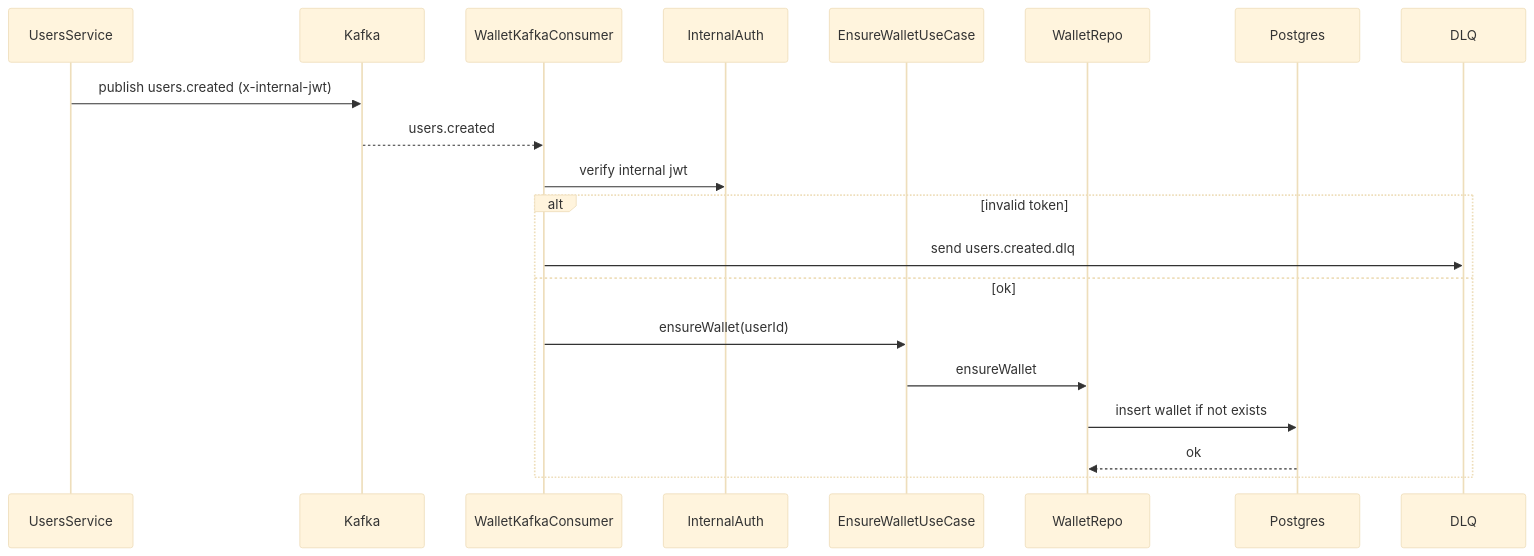
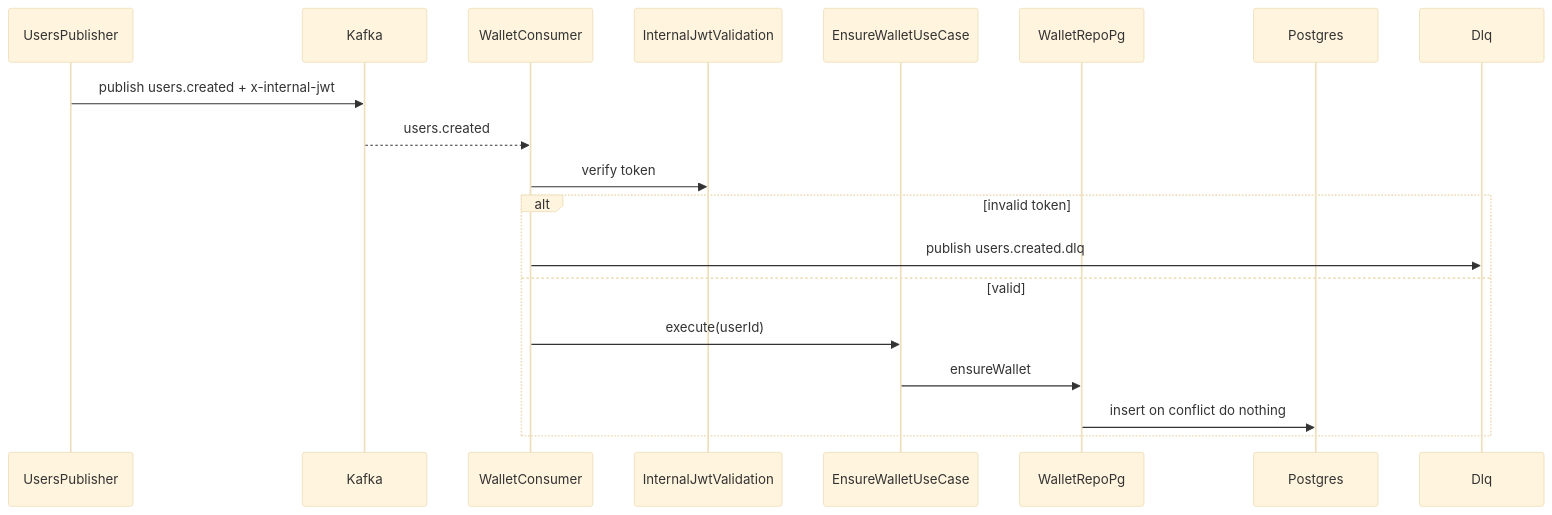
One commit to rodrigocardosodev/ilia-nodejs-challenge changed the sixth of 7 diagrams in README.md. Above: the diagram before and after it, drawn with Mermaid (base theme). The commit also changed other lines of this file, not shown here.

````diff
--- a/README.md
+++ b/README.md
@@ -302,23 +382,22 @@
 ```mermaid
 sequenceDiagram
-    participant UsersService
+    participant UsersPublisher
     participant Kafka
-    participant WalletKafkaConsumer
-    participant InternalAuth
+    participant WalletConsumer
+    participant InternalJwtValidation
     participant EnsureWalletUseCase
-    participant WalletRepo
+    participant WalletRepoPg
     participant Postgres
-    participant DLQ
+    participant Dlq
 
-    UsersService->>Kafka: publish users.created (x-internal-jwt)
-    Kafka-->>WalletKafkaConsumer: users.created
-    WalletKafkaConsumer->>InternalAuth: verify internal jwt
+    UsersPublisher->>Kafka: publish users.created + x-internal-jwt
+    Kafka-->>WalletConsumer: users.created
+    WalletConsumer->>InternalJwtValidation: verify token
     alt invalid token
-        WalletKafkaConsumer->>DLQ: send users.created.dlq
-    else ok
-        WalletKafkaConsumer->>EnsureWalletUseCase: ensureWallet(userId)
-        EnsureWalletUseCase->>WalletRepo: ensureWallet
-        WalletRepo->>Postgres: insert wallet if not exists
-        Postgres-->>WalletRepo: ok
+        WalletConsumer->>Dlq: publish users.created.dlq
+    else valid
+        WalletConsumer->>EnsureWalletUseCase: execute(userId)
+        EnsureWalletUseCase->>WalletRepoPg: ensureWallet
+        WalletRepoPg->>Postgres: insert on conflict do nothing
     end
 ```
````
